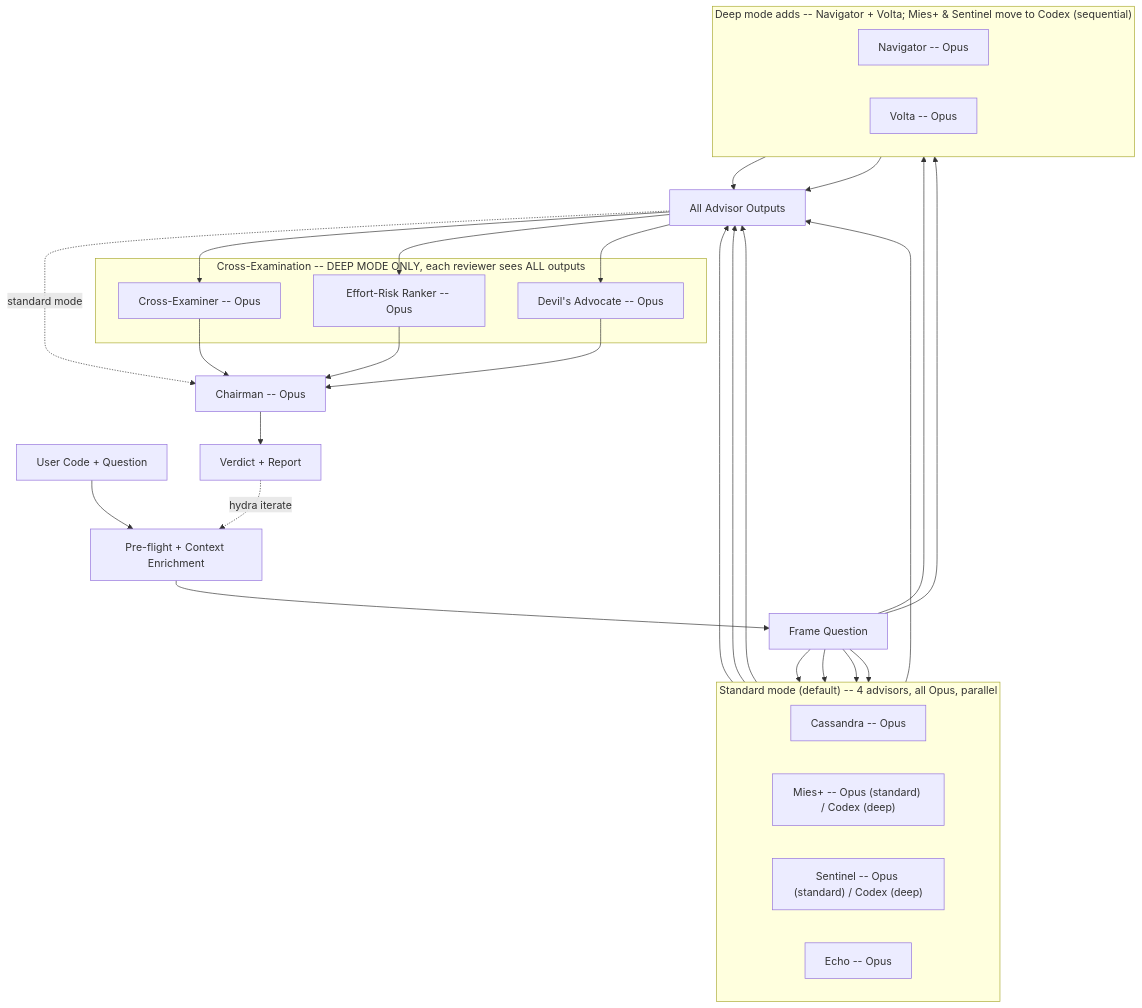
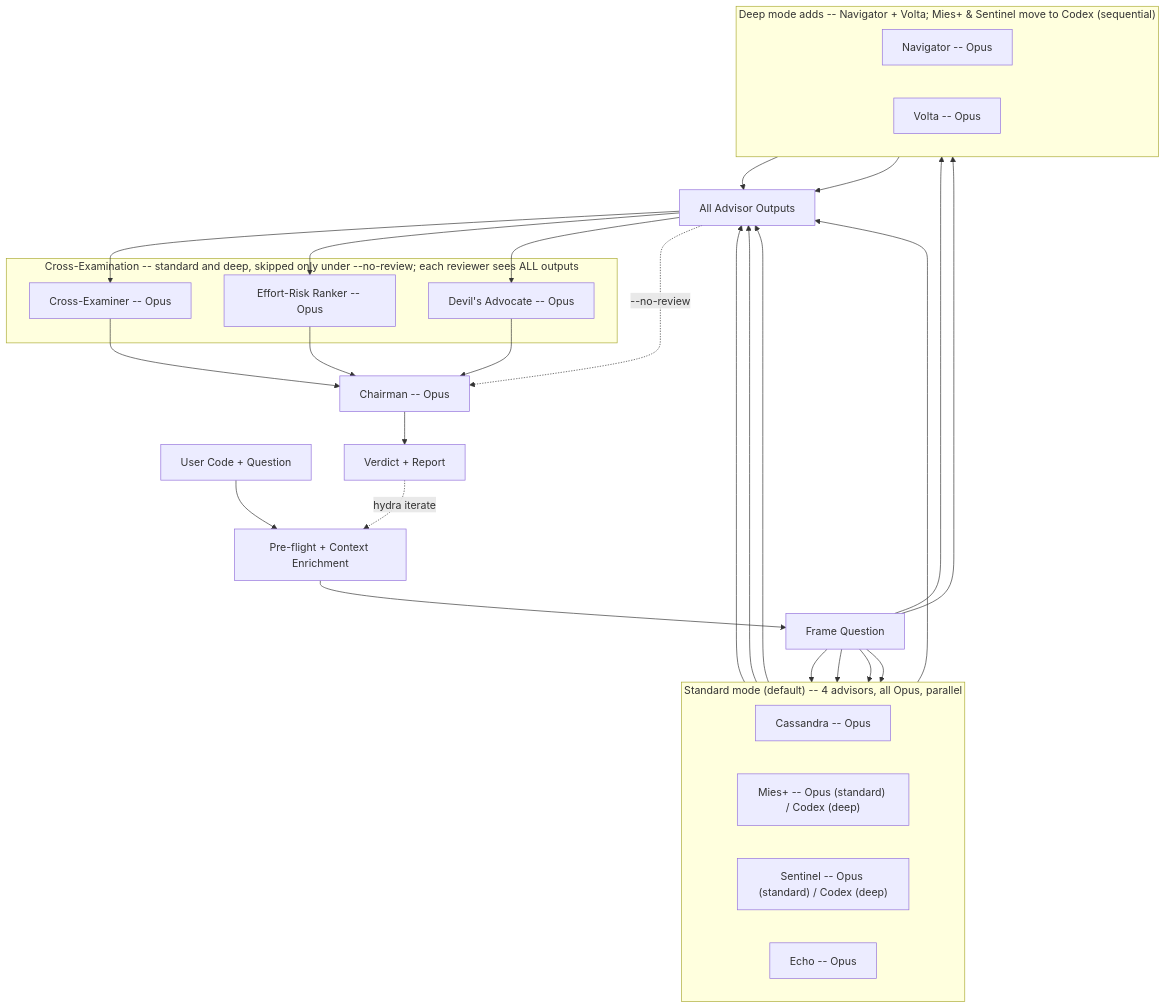
Before and after one commit to Zandereins/hydra: the diagram in README.md, drawn with Mermaid. The commit also changed other lines of this file, not shown here.

````diff
--- a/README.md
+++ b/README.md
@@ -52,43 +52,43 @@
 ```mermaid
 graph TD
     A[User Code + Question] --> B[Pre-flight + Context Enrichment]
     B --> C[Frame Question]
 
     C --> D1[Cassandra -- Opus]
     C --> D2["Mies+ -- Opus (standard) / Codex (deep)"]
     C --> D3["Sentinel -- Opus (standard) / Codex (deep)"]
     C --> D4[Echo -- Opus]
     C --> D5[Navigator -- Opus]
     C --> D6[Volta -- Opus]
 
     subgraph standard["Standard mode (default) -- 4 advisors, all Opus, parallel"]
         direction LR
         D1
         D2
         D3
         D4
     end
 
     subgraph deep["Deep mode adds -- Navigator + Volta; Mies+ & Sentinel move to Codex (sequential)"]
         direction LR
         D5
         D6
     end
 
     D1 & D2 & D3 & D4 & D5 & D6 --> E[All Advisor Outputs]
 
-    E -. standard mode .-> F
     E --> R1[Cross-Examiner -- Opus]
     E --> R2[Effort-Risk Ranker -- Opus]
     E --> R3[Devil's Advocate -- Opus]
+    E -. "--no-review" .-> F
 
-    subgraph review["Cross-Examination -- DEEP MODE ONLY, each reviewer sees ALL outputs"]
+    subgraph review["Cross-Examination -- standard and deep, skipped only under --no-review; each reviewer sees ALL outputs"]
         R1
         R2
         R3
     end
 
     R1 & R2 & R3 --> F[Chairman -- Opus]
     F --> G[Verdict + Report]
     G -. hydra iterate .-> B
 ```
````
